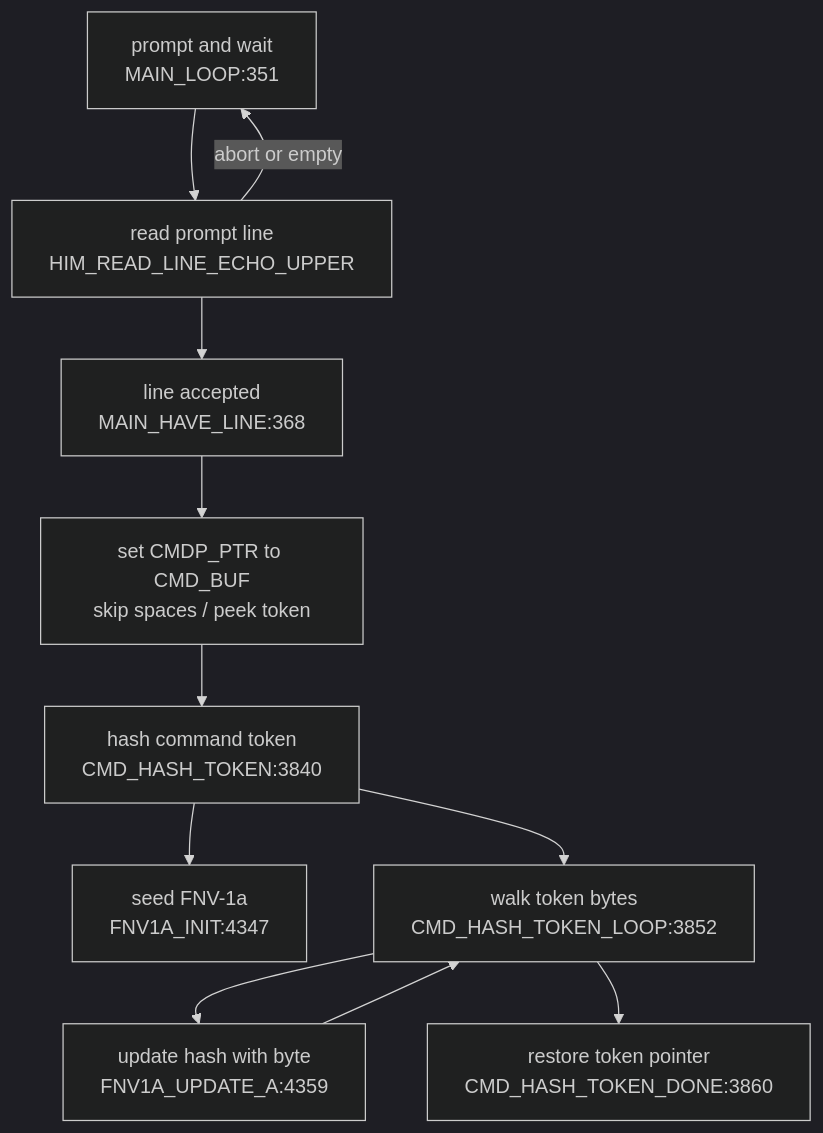
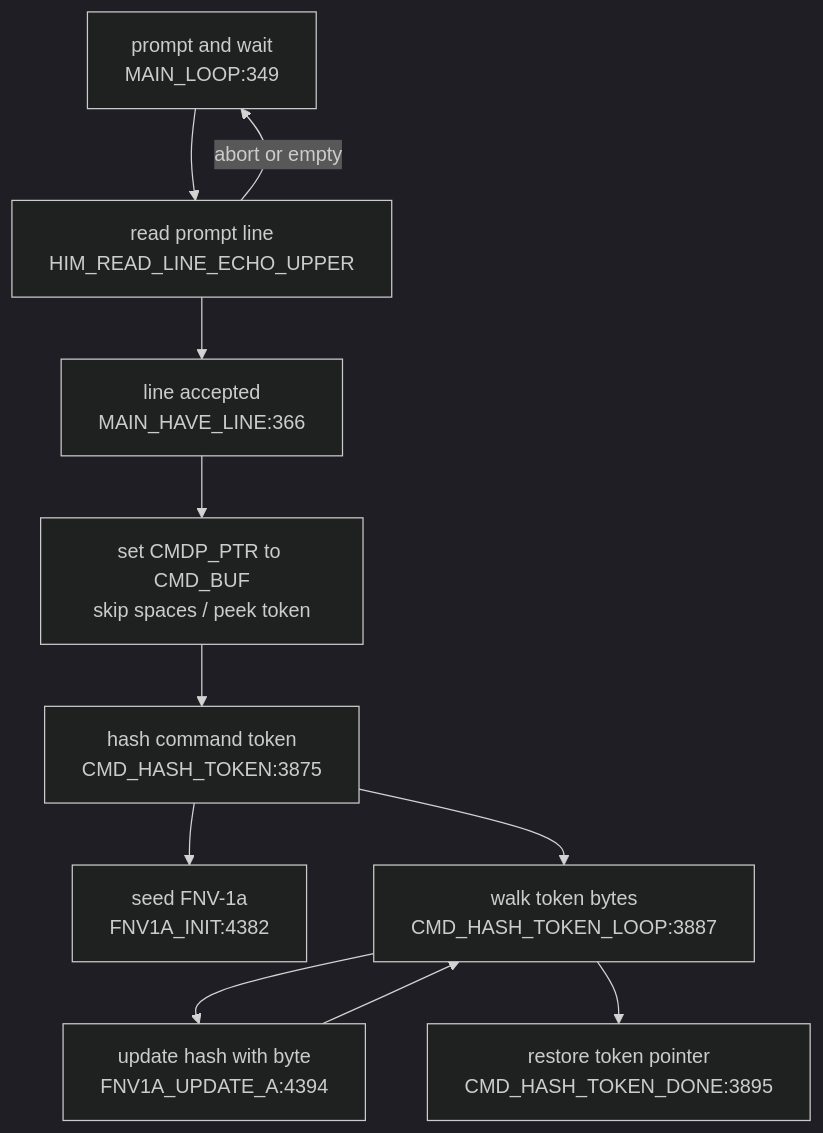
The second of 4 diagrams in DOC/GENERATED/CMD_FLOW_MAP.md (95westus/R-YORS), drawn with Mermaid (dark theme) before and after one commit. The commit also changed other lines of this file and 29 other files, not shown here.

````diff
--- a/DOC/GENERATED/CMD_FLOW_MAP.md
+++ b/DOC/GENERATED/CMD_FLOW_MAP.md
@@ -24,13 +24,13 @@
 ```mermaid
 flowchart TD
-    LOOP["prompt and wait<br/>MAIN_LOOP:351"] --> READ["read prompt line<br/>HIM_READ_LINE_ECHO_UPPER"]
-    READ --> HAVE["line accepted<br/>MAIN_HAVE_LINE:368"]
+    LOOP["prompt and wait<br/>MAIN_LOOP:349"] --> READ["read prompt line<br/>HIM_READ_LINE_ECHO_UPPER"]
+    READ --> HAVE["line accepted<br/>MAIN_HAVE_LINE:366"]
     READ -->|abort or empty| LOOP
     HAVE --> PREP["set CMDP_PTR to CMD_BUF<br/>skip spaces / peek token"]
-    PREP --> HASH["hash command token<br/>CMD_HASH_TOKEN:3840"]
-    HASH --> FNVINIT["seed FNV-1a<br/>FNV1A_INIT:4347"]
-    HASH --> HASHLOOP["walk token bytes<br/>CMD_HASH_TOKEN_LOOP:3852"]
-    HASHLOOP --> UPDATE["update hash with byte<br/>FNV1A_UPDATE_A:4359"]
+    PREP --> HASH["hash command token<br/>CMD_HASH_TOKEN:3875"]
+    HASH --> FNVINIT["seed FNV-1a<br/>FNV1A_INIT:4382"]
+    HASH --> HASHLOOP["walk token bytes<br/>CMD_HASH_TOKEN_LOOP:3887"]
+    HASHLOOP --> UPDATE["update hash with byte<br/>FNV1A_UPDATE_A:4394"]
     UPDATE --> HASHLOOP
-    HASHLOOP --> DONE["restore token pointer<br/>CMD_HASH_TOKEN_DONE:3860"]
+    HASHLOOP --> DONE["restore token pointer<br/>CMD_HASH_TOKEN_DONE:3895"]
 ```
````
